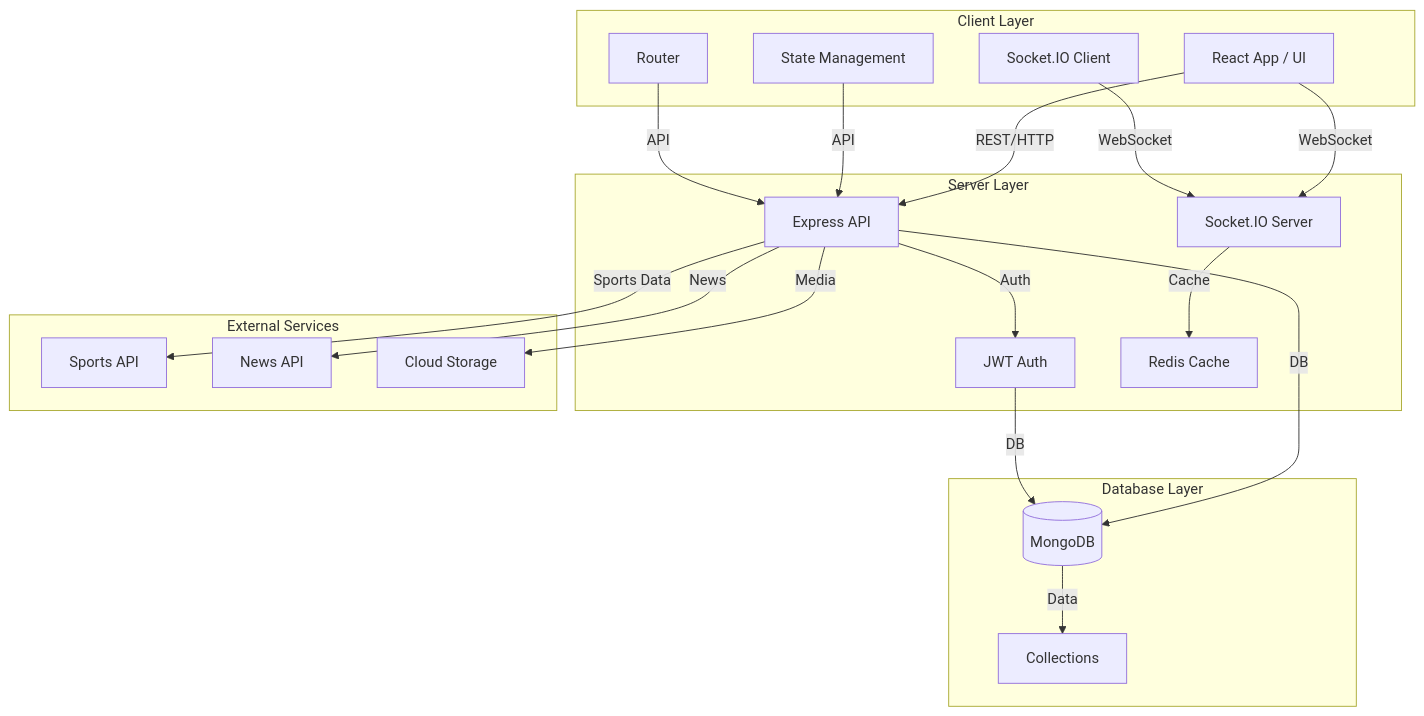
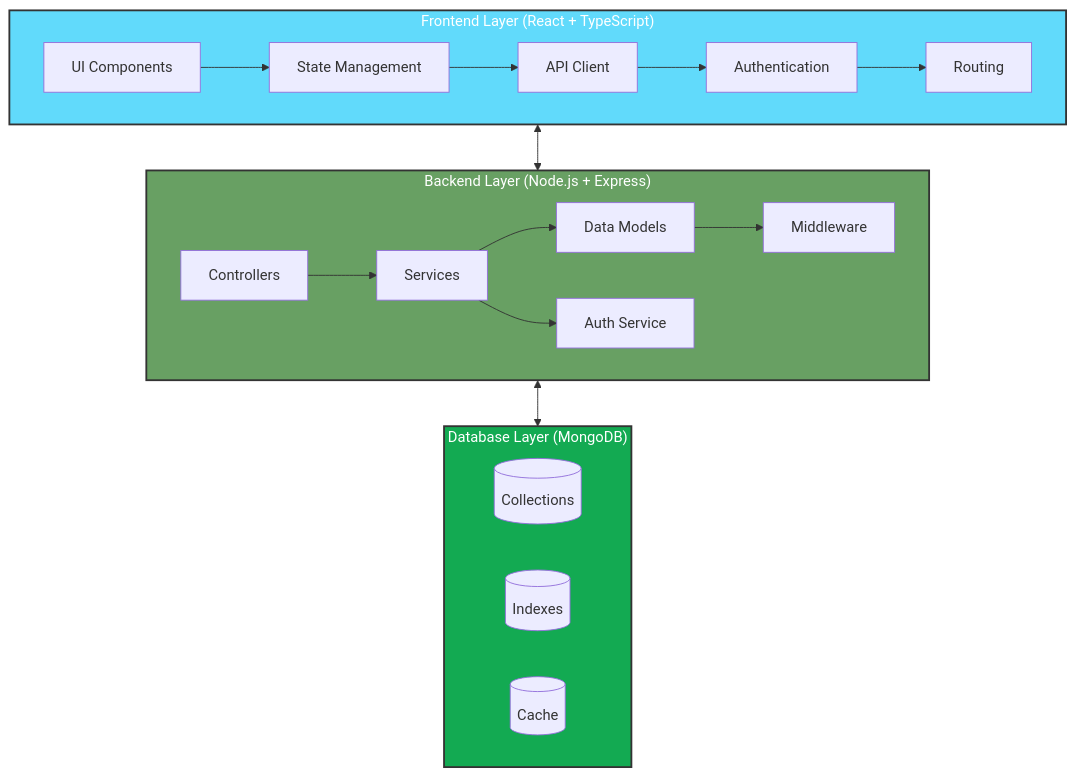
Before and after one commit to MalikShoaibAhmadKhan/sports-app: the diagram in README.md, drawn with Mermaid. The commit also changed other lines of this file and 1 other file, not shown here.

Commit message:
Initial commit: Sports Updates Portal setup

````diff
--- a/README.md
+++ b/README.md
@@ -72,42 +55,49 @@
 ```mermaid
-graph TD
-  subgraph Client Layer
-    A[React App / UI]
-    B[State Management]
-    C[Router]
-    D[Socket.IO Client]
-  end
+graph TB
+    subgraph Frontend["Frontend Layer (React + TypeScript)"]
+        UI[UI Components]
+        State[State Management]
+        API[API Client]
+        Auth[Authentication]
+        Router[Routing]
+    end
 
-  subgraph Server Layer
-    E[Express API]
-    F[JWT Auth]
-    G[Socket.IO Server]
-    H[Redis Cache]
-  end
+    subgraph Backend["Backend Layer (Node.js + Express)"]
+        Controllers[Controllers]
+        Services[Services]
+        Models[Data Models]
+        Middleware[Middleware]
+        AuthService[Auth Service]
+    end
 
-  subgraph Database Layer
-    I[(MongoDB)]
-    J[Collections]
-  end
+    subgraph Database["Database Layer (MongoDB)"]
+        Collections[(Collections)]
+        Indexes[(Indexes)]
+        Cache[(Cache)]
+    end
 
-  subgraph External Services
-    K[Sports API]
-    L[News API]
-    M[Cloud Storage]
-  end
+    %% Frontend connections
+    UI --> State
+    State --> API
+    API --> Auth
+    Auth --> Router
 
-  %% Connections
-  A-->|REST/HTTP|E
-  A-->|WebSocket|G
-  B-->|API|E
-  C-->|API|E
-  D-->|WebSocket|G
-  E-->|DB|I
-  E-->|Auth|F
-  G-->|Cache|H
-  F-->|DB|I
-  E-->|Sports Data|K
-  E-->|News|L
-  E-->|Media|M
-  I-->|Data|J
+    %% Backend connections
+    Controllers --> Services
+    Services --> Models
+    Services --> AuthService
+    Models --> Middleware
+
+    %% Layer connections
+    Frontend <--> Backend
+    Backend <--> Database
+
+    %% Styling
+    classDef frontend fill:#61dafb,stroke:#333,stroke-width:2px,color:white
+    classDef backend fill:#68a063,stroke:#333,stroke-width:2px,color:white
+    classDef database fill:#13aa52,stroke:#333,stroke-width:2px,color:white
+
+    class Frontend frontend
+    class Backend backend
+    class Database database
 ```
````
